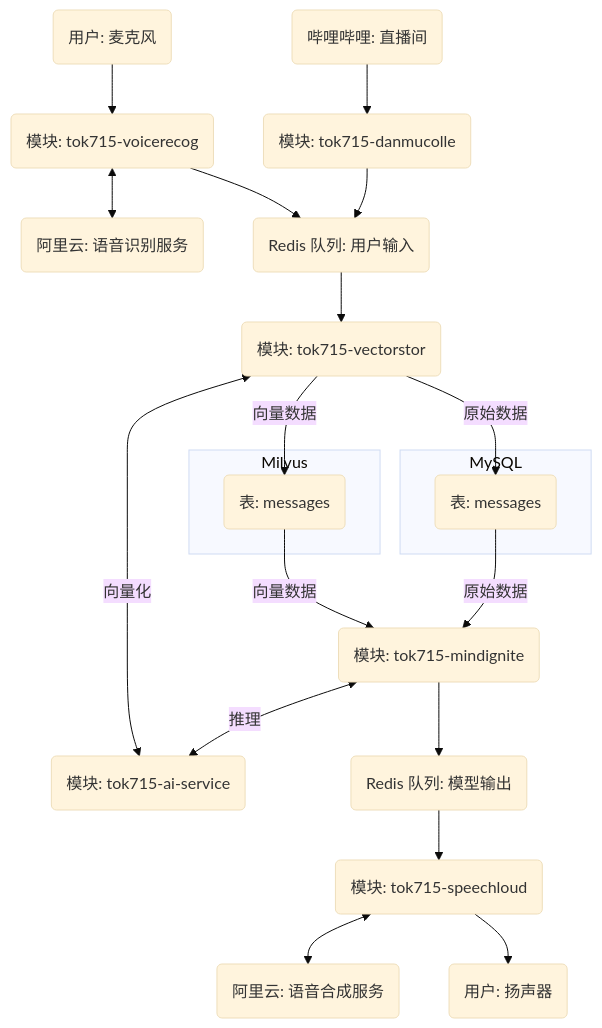
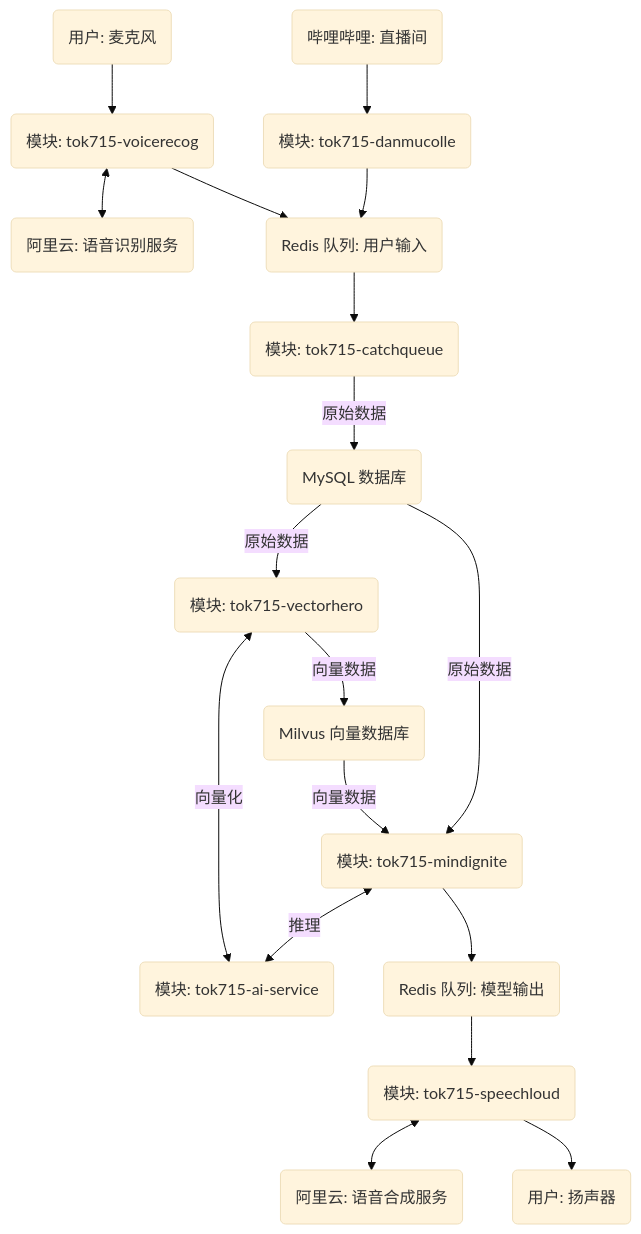
Before and after one commit to tok715/tok715: the diagram in README.md, drawn with Mermaid (base theme). The commit also changed other lines of this file and 3 other files, not shown here.

Commit message:
feat: split vectorstor to catchqueue and vectorhero

````diff
--- a/README.md
+++ b/README.md
@@ -7,36 +7,32 @@
 ```mermaid
 flowchart TB
     node_mic(用户: 麦克风)
     node_speaker(用户: 扬声器)
     node_voicerecog_main("模块: tok715-voicerecog")
     node_speechloud_main("模块: tok715-speechloud")
-    node_vectorstor_main("模块: tok715-vectorstor")
+    node_catchqueue_main("模块: tok715-catchqueue")
+    node_vectorhero_main("模块: tok715-vectorhero")
     node_ai_service_main("模块: tok715-ai-service")
     node_mindignite_main("模块: tok715-mindignite")
     node_danmucolle_main("模块: tok715-danmucolle")
     node_aliyun_nls(阿里云: 语音识别服务)
     node_aliyun_tts(阿里云: 语音合成服务)
     node_bilibili_stream(哔哩哔哩: 直播间)
     node_redis_queue_input(Redis 队列: 用户输入)
     node_redis_queue_output(Redis 队列: 模型输出)
-
-    subgraph MySQL
-        node_mysql_messages(表: messages)
-    end
-    subgraph Milvus
-        node_milvus_messages(表: messages)
-    end
-
+    node_mysql_messages(MySQL 数据库)
+    node_milvus_messages(Milvus 向量数据库)
     node_mic --> node_voicerecog_main <--> node_aliyun_nls
     node_voicerecog_main --> node_redis_queue_input
-    node_redis_queue_input --> node_vectorstor_main -- 原始数据 --> node_mysql_messages
-    node_vectorstor_main <-- 向量化 --> node_ai_service_main
-    node_vectorstor_main -- 向量数据 --> node_milvus_messages
+    node_redis_queue_input --> node_catchqueue_main -- 原始数据 --> node_mysql_messages
+    node_mysql_messages -- 原始数据 --> node_vectorhero_main
+    node_vectorhero_main <-- 向量化 --> node_ai_service_main
+    node_vectorhero_main -- 向量数据 --> node_milvus_messages
     node_milvus_messages -- 向量数据 --> node_mindignite_main
     node_mysql_messages -- 原始数据 --> node_mindignite_main
     node_mindignite_main <-- 推理 --> node_ai_service_main
     node_mindignite_main --> node_redis_queue_output --> node_speechloud_main
     node_speechloud_main <--> node_aliyun_tts
     node_speechloud_main --> node_speaker
     node_bilibili_stream --> node_danmucolle_main --> node_redis_queue_input
 ```
````
